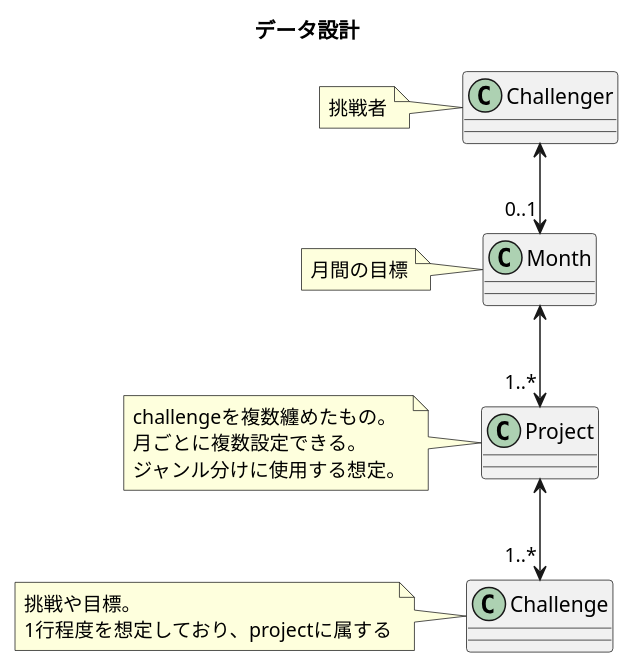
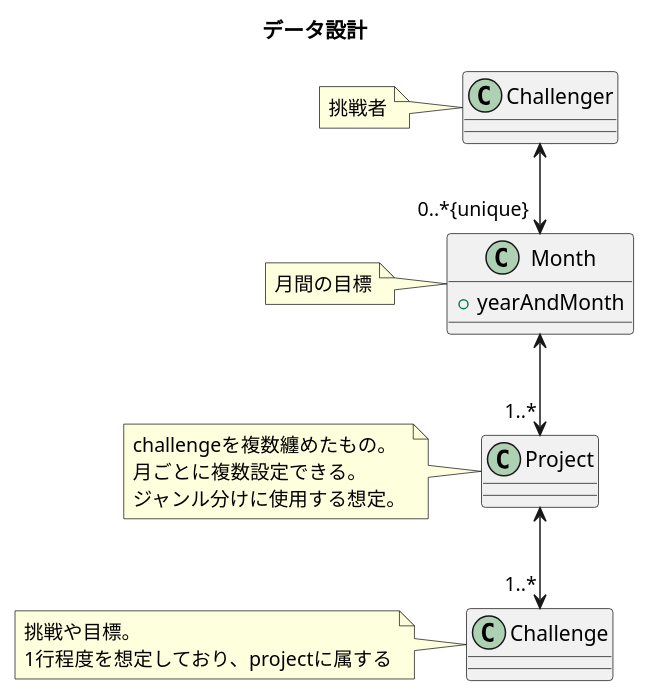
The diagram in modeling/data.puml (challenge-every-month/cem-app), drawn with PlantUML before and after one commit.

Commit message:
docs: 主キー等追加

```diff
--- a/modeling/data.puml
+++ b/modeling/data.puml
@@ -1,16 +1,19 @@
 @startuml
 title データ設計
 class Challenger
 note left:挑戦者
-class Month
+class Month {
++ yearAndMonth
+}
+
 note left: 月間の目標
 class Project
 note left: challengeを複数纏めたもの。\n月ごとに複数設定できる。\nジャンル分けに使用する想定。
 class Challenge
 note left: 挑戦や目標。\n1行程度を想定しており、projectに属する
 
-Challenger <-->"0..1" Month
+Challenger <-->"0..*{unique}" Month
 Month <-->"1..*"Project
 Project <--> "1..*" Challenge
 
 @enduml
```
